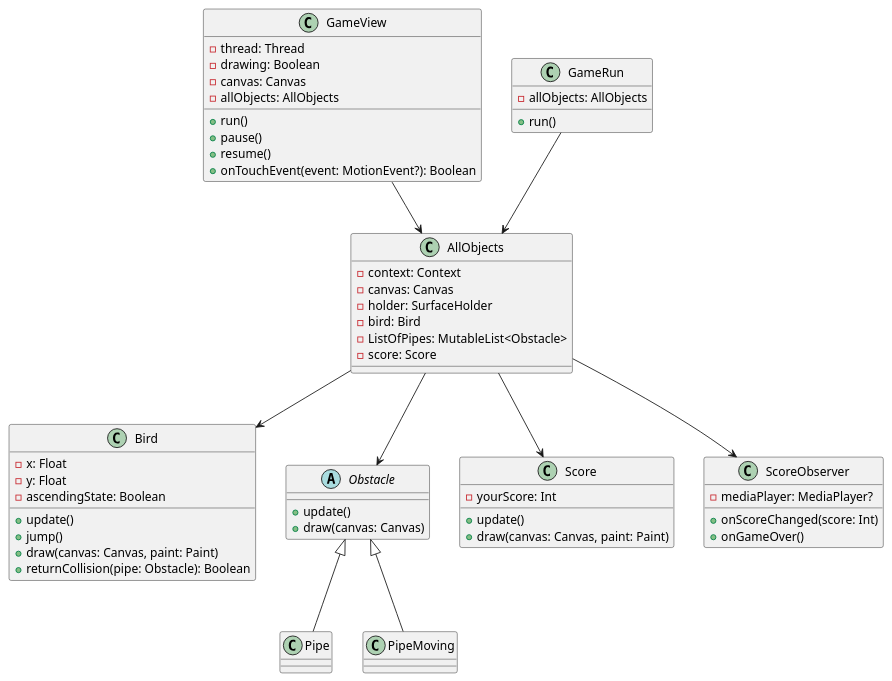
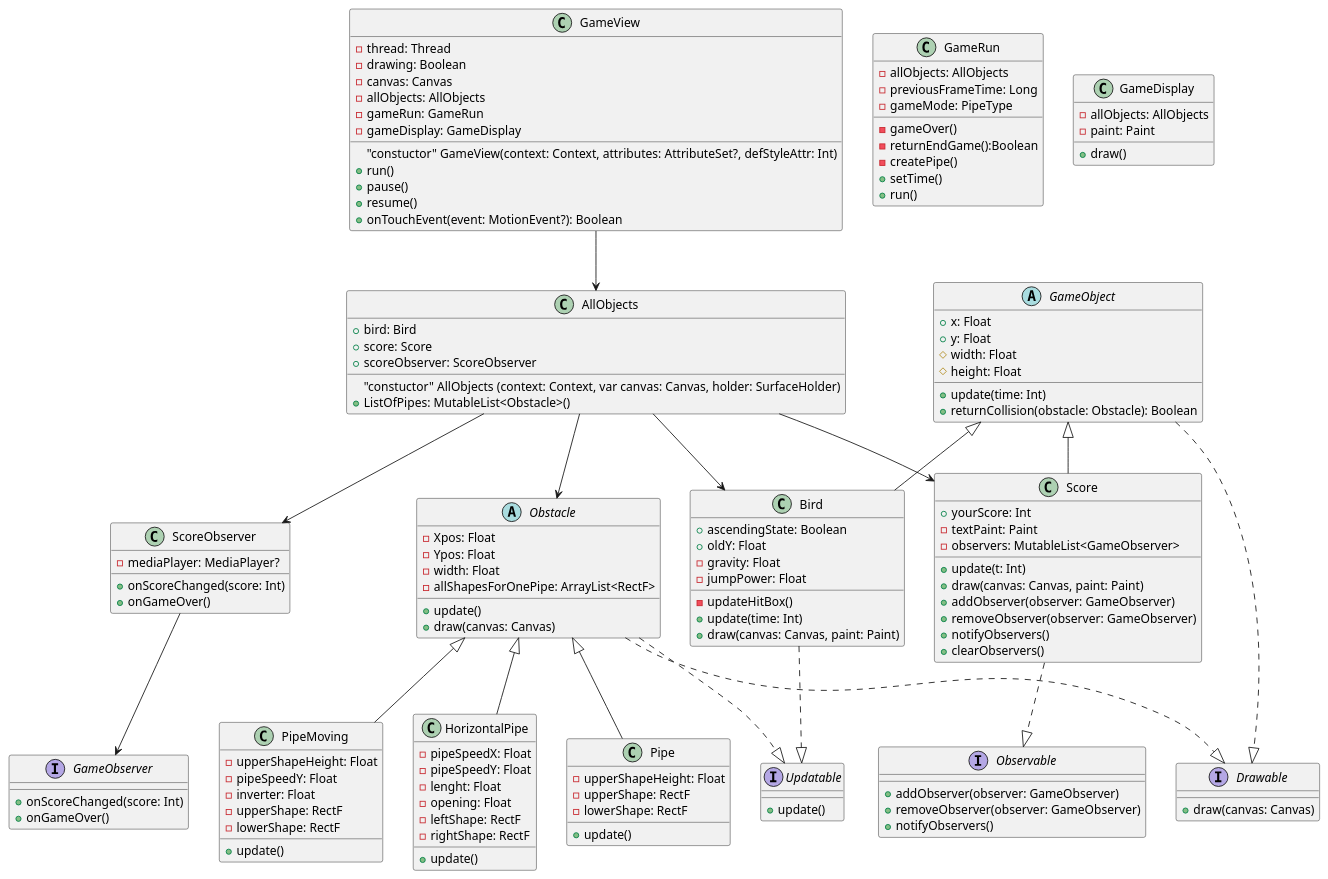
The diagram in app/src/main/java/com/example/flappybird/UML/ClassUML.puml (Macka23/flappybird), drawn with PlantUML before and after one commit. The commit also changed 12 other files, not shown here.

```diff
--- a/app/src/main/java/com/example/flappybird/UML/ClassUML.puml
+++ b/app/src/main/java/com/example/flappybird/UML/ClassUML.puml
@@ -1,75 +1,160 @@
 @startuml
 ' Diagramme UML des classes du projet FlappyBird
 
 class GameView {
+    "constuctor" GameView(context: Context, attributes: AttributeSet?, defStyleAttr: Int)
     - thread: Thread
     - drawing: Boolean
     - canvas: Canvas
     - allObjects: AllObjects
+    - gameRun: GameRun
+    - gameDisplay: GameDisplay
 
     + run()
     + pause()
     + resume()
     + onTouchEvent(event: MotionEvent?): Boolean
 }
 
 class AllObjects {
-    - context: Context
-    - canvas: Canvas
-    - holder: SurfaceHolder
-    - bird: Bird
-    - ListOfPipes: MutableList<Obstacle>
-    - score: Score
+    "constuctor" AllObjects (context: Context, var canvas: Canvas, holder: SurfaceHolder)
+    + bird: Bird
+    + ListOfPipes: MutableList<Obstacle>()
+    + score: Score
+    + scoreObserver: ScoreObserver
+}
+
+class GameRun {
+    - allObjects: AllObjects
+    - previousFrameTime: Long
+    - gameMode: PipeType
+
+    -gameOver()
+    -returnEndGame():Boolean
+    -createPipe()
+    + setTime()
+    + run()
+}
+
+class GameDisplay {
+    - allObjects: AllObjects
+    - paint: Paint
+    + draw()
+}
+
+abstract class GameObject {
+    + x: Float
+    + y: Float
+    # width: Float
+    # height: Float
+
+    + update(time: Int)
+    + returnCollision(obstacle: Obstacle): Boolean
 }
 
 class Bird {
-    - x: Float
-    - y: Float
-    - ascendingState: Boolean
+    + ascendingState: Boolean
+    + oldY: Float
+    - gravity: Float
+    - jumpPower: Float
 
-    + update()
-    + jump()
+    -updateHitBox()
+    + update(time: Int)
     + draw(canvas: Canvas, paint: Paint)
-    + returnCollision(pipe: Obstacle): Boolean
+}
+
+class Score {
+    + yourScore: Int
+    - textPaint: Paint
+    - observers: MutableList<GameObserver>
+
+    + update(t: Int)
+    + draw(canvas: Canvas, paint: Paint)
+    + addObserver(observer: GameObserver)
+    + removeObserver(observer: GameObserver)
+    + notifyObservers()
+    + clearObservers()
 }
 
 abstract class Obstacle {
+    - Xpos: Float
+    - Ypos: Float
+    - width: Float
+    - allShapesForOnePipe: ArrayList<RectF>
+
     + update()
     + draw(canvas: Canvas)
 }
 
+class HorizontalPipe {
+    - pipeSpeedX: Float
+    - pipeSpeedY: Float
+    - lenght: Float
+    - opening: Float
+    - leftShape: RectF
+    - rightShape: RectF
+
+    + update()
+}
+
 class Pipe {
+    - upperShapeHeight: Float
+    - upperShape: RectF
+    - lowerShape: RectF
+
+    + update()
 }
 
 class PipeMoving {
+    - upperShapeHeight: Float
+    - pipeSpeedY: Float
+    - inverter: Float
+    - upperShape: RectF
+    - lowerShape: RectF
+
+    + update()
 }
 
-class Score {
-    - yourScore: Int
+interface Drawable {
+    + draw(canvas: Canvas)
+}
 
+interface Updatable {
     + update()
-    + draw(canvas: Canvas, paint: Paint)
+}
+
+interface Observable {
+    + addObserver(observer: GameObserver)
+    + removeObserver(observer: GameObserver)
+    + notifyObservers()
+}
+
+interface GameObserver {
+    + onScoreChanged(score: Int)
+    + onGameOver()
 }
 
 class ScoreObserver {
     - mediaPlayer: MediaPlayer?
 
     + onScoreChanged(score: Int)
     + onGameOver()
 }
 
-class GameRun {
-    - allObjects: AllObjects
-
-    + run()
-}
-
 GameView --> AllObjects
 AllObjects --> Bird
 AllObjects --> Score
 AllObjects --> Obstacle
+AllObjects --> ScoreObserver
+GameObject <|-- Bird
+GameObject <|-- Score
+Obstacle <|-- HorizontalPipe
 Obstacle <|-- Pipe
 Obstacle <|-- PipeMoving
-AllObjects --> ScoreObserver
-GameRun --> AllObjects
+GameObject ..|> Drawable
+Obstacle ..|> Drawable
+Obstacle ..|> Updatable
+Bird ..|> Updatable
+ScoreObserver --> GameObserver
+Score ..|> Observable
 @enduml
```
